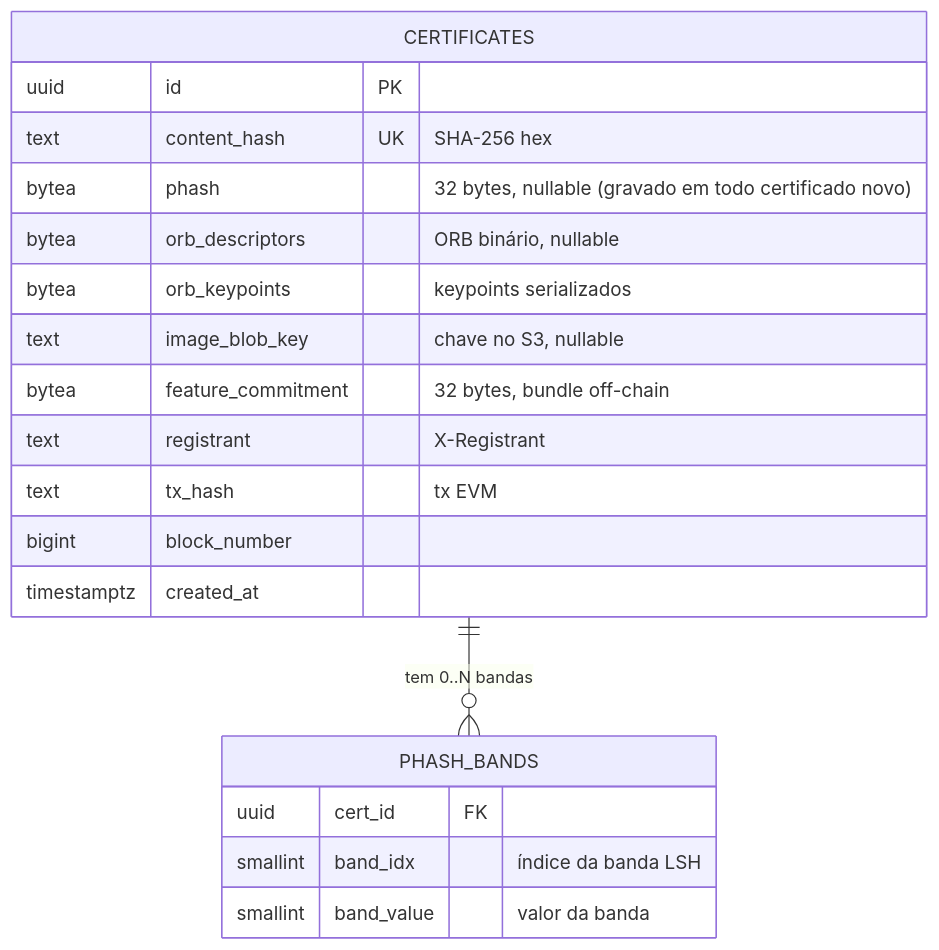
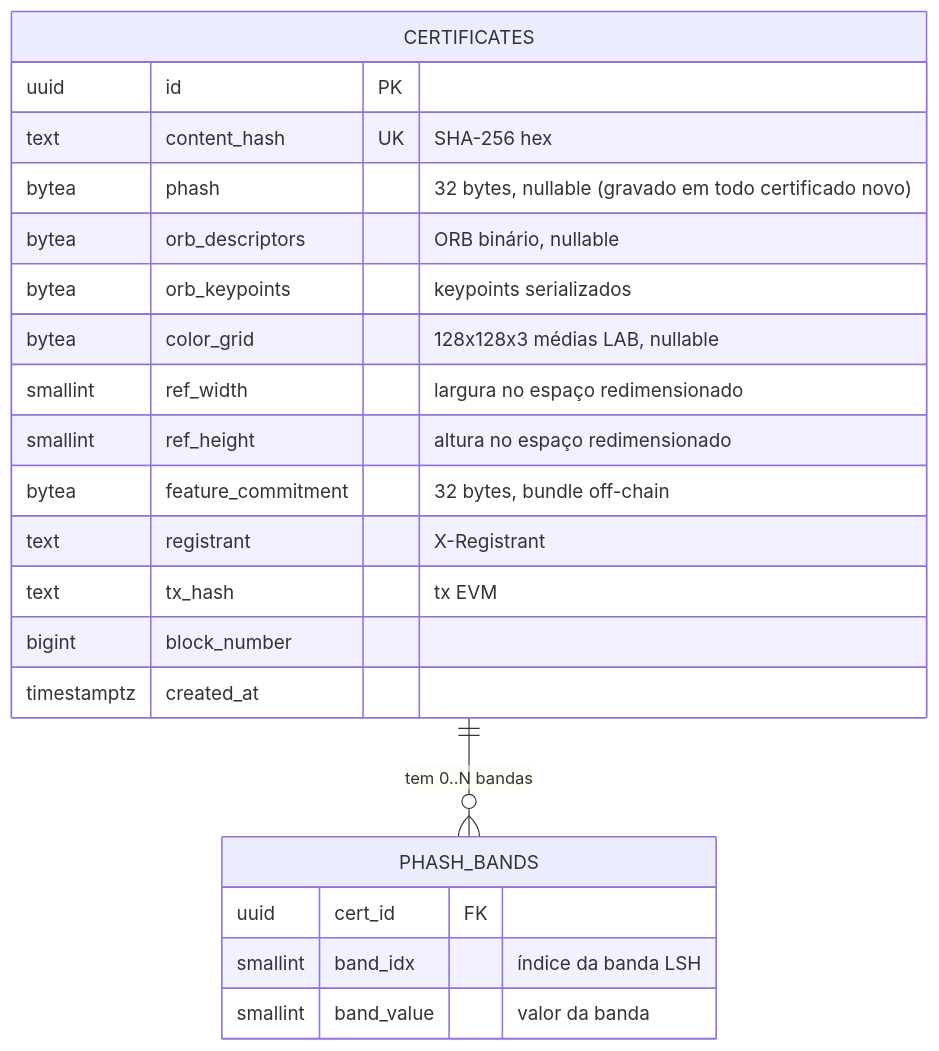
The third of 5 diagrams in docs/ARCHITECTURE.md (waizbart/aletheia-api), drawn with Mermaid before and after one commit. The commit also changed other lines of this file and 4 other files, not shown here.

````diff
--- a/docs/ARCHITECTURE.md
+++ b/docs/ARCHITECTURE.md
@@ -107,22 +103,24 @@
 ```mermaid
 erDiagram
     CERTIFICATES ||--o{ PHASH_BANDS : "tem 0..N bandas"
     CERTIFICATES {
         uuid id PK
         text content_hash UK "SHA-256 hex"
         bytea phash "32 bytes, nullable (gravado em todo certificado novo)"
         bytea orb_descriptors "ORB binário, nullable"
         bytea orb_keypoints "keypoints serializados"
-        text image_blob_key "chave no S3, nullable"
+        bytea color_grid "128x128x3 médias LAB, nullable"
+        smallint ref_width "largura no espaço redimensionado"
+        smallint ref_height "altura no espaço redimensionado"
         bytea feature_commitment "32 bytes, bundle off-chain"
         text registrant "X-Registrant"
         text tx_hash "tx EVM"
         bigint block_number
         timestamptz created_at
     }
     PHASH_BANDS {
         uuid cert_id FK
         smallint band_idx "índice da banda LSH"
         smallint band_value "valor da banda"
     }
 ```
````
